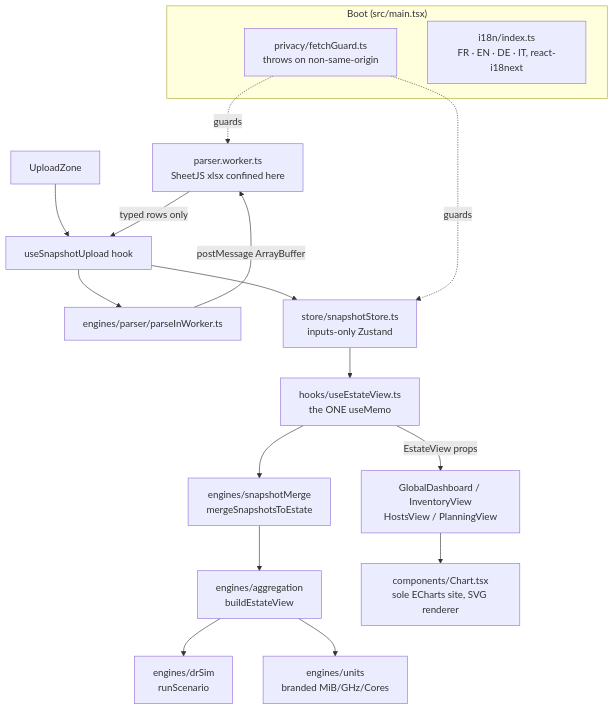
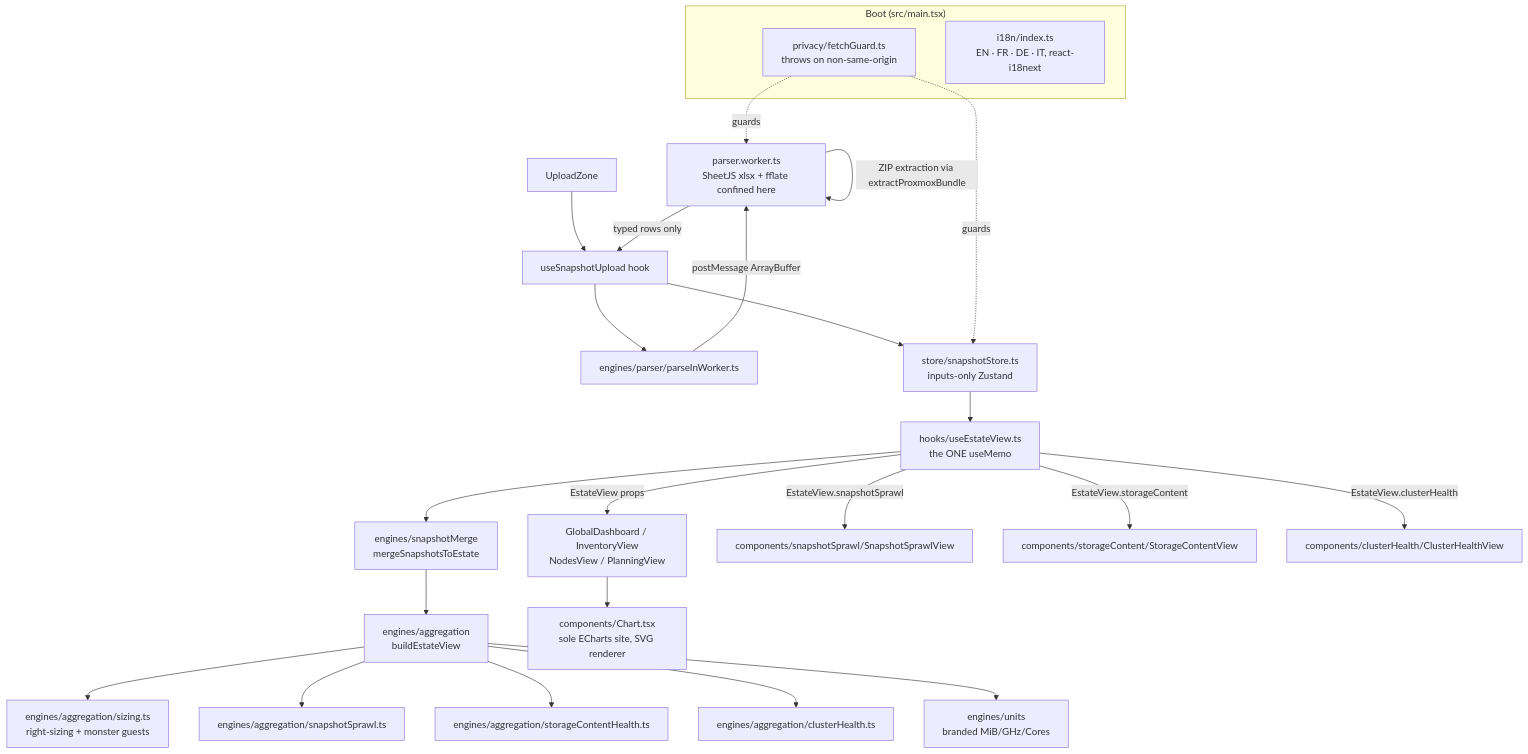
The diagram in docs/ARCHITECTURE.md (fjacquet/patlas), drawn with Mermaid before and after one commit. The commit also changed other lines of this file and 16 other files, not shown here.

````diff
--- a/docs/ARCHITECTURE.md
+++ b/docs/ARCHITECTURE.md
@@ -10,25 +10,32 @@
 ```mermaid
 graph TD
   subgraph Boot["Boot (src/main.tsx)"]
     FG[privacy/fetchGuard.ts<br/>throws on non-same-origin]
-    I18N[i18n/index.ts<br/>FR · EN · DE · IT, react-i18next]
+    I18N[i18n/index.ts<br/>EN · FR · DE · IT, react-i18next]
   end
 
   UZ[UploadZone] --> USU[useSnapshotUpload hook]
   USU --> PIW[engines/parser/parseInWorker.ts]
-  PIW -->|postMessage ArrayBuffer| PW[parser.worker.ts<br/>SheetJS xlsx confined here]
+  PIW -->|postMessage ArrayBuffer| PW[parser.worker.ts<br/>SheetJS xlsx + fflate confined here]
+  PW -->|ZIP extraction via extractProxmoxBundle| PW
   PW -->|typed rows only| USU
   USU --> STORE[store/snapshotStore.ts<br/>inputs-only Zustand]
 
   STORE --> UEV[hooks/useEstateView.ts<br/>the ONE useMemo]
   UEV --> MERGE[engines/snapshotMerge<br/>mergeSnapshotsToEstate]
   MERGE --> AGG[engines/aggregation<br/>buildEstateView]
-  AGG --> DRSIM[engines/drSim<br/>runScenario]
+  AGG --> SIZING[engines/aggregation/sizing.ts<br/>right-sizing + monster guests]
+  AGG --> SNAPSPRAWL[engines/aggregation/snapshotSprawl.ts]
+  AGG --> STCHEALTH[engines/aggregation/storageContentHealth.ts]
+  AGG --> CLHEALTH[engines/aggregation/clusterHealth.ts]
   AGG --> UNITS[engines/units<br/>branded MiB/GHz/Cores]
 
-  UEV -->|EstateView props| VIEWS[GlobalDashboard / InventoryView<br/>HostsView / PlanningView]
+  UEV -->|EstateView props| VIEWS[GlobalDashboard / InventoryView<br/>NodesView / PlanningView]
+  UEV -->|EstateView.snapshotSprawl| SNP[components/snapshotSprawl/SnapshotSprawlView]
+  UEV -->|EstateView.storageContent| STC[components/storageContent/StorageContentView]
+  UEV -->|EstateView.clusterHealth| CLH[components/clusterHealth/ClusterHealthView]
   VIEWS --> CHART[components/Chart.tsx<br/>sole ECharts site, SVG renderer]
 
   FG -.guards.-> PW
   FG -.guards.-> STORE
 ```
````
